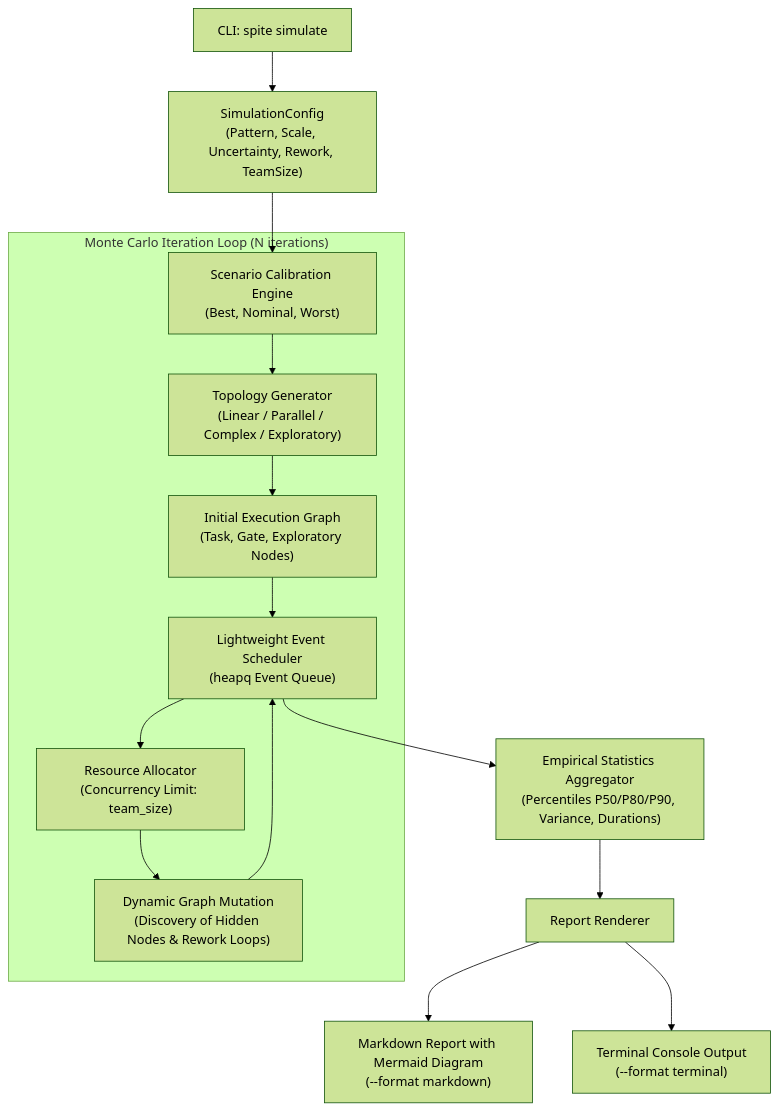
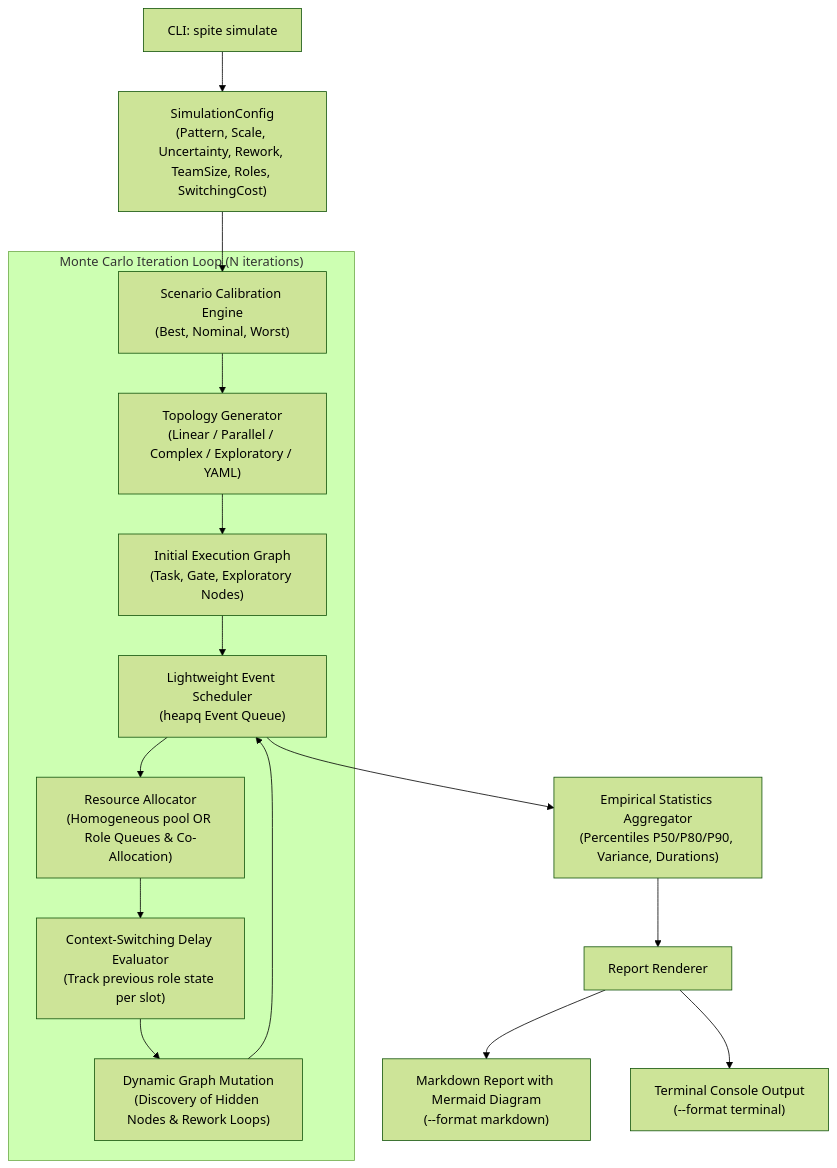
The diagram in docs/simulation/adr.md (longicorn/spite), drawn with Mermaid (forest theme) before and after one commit. The commit also changed other lines of this file and 3 other files, not shown here.

Commit message:
docs: add role on `/simulation`

````diff
--- a/docs/simulation/adr.md
+++ b/docs/simulation/adr.md
@@ -77,20 +87,21 @@
 ```mermaid
 flowchart TD
-    CLI["CLI: spite simulate"] --> Config["SimulationConfig\n(Pattern, Scale, Uncertainty, Rework, TeamSize)"]
+    CLI["CLI: spite simulate"] --> Config["SimulationConfig\n(Pattern, Scale, Uncertainty, Rework, TeamSize, Roles, SwitchingCost)"]
     Config --> ScenarioRunner["Scenario Calibration Engine\n(Best, Nominal, Worst)"]
     
     subgraph MonteCarloLoop ["Monte Carlo Iteration Loop (N iterations)"]
-        ScenarioRunner --> Gen["Topology Generator\n(Linear / Parallel / Complex / Exploratory)"]
+        ScenarioRunner --> Gen["Topology Generator\n(Linear / Parallel / Complex / Exploratory / YAML)"]
         Gen --> InitGraph["Initial Execution Graph\n(Task, Gate, Exploratory Nodes)"]
         InitGraph --> DES["Lightweight Event Scheduler\n(heapq Event Queue)"]
         
-        DES --> ResQueue["Resource Allocator\n(Concurrency Limit: team_size)"]
-        ResQueue --> DynMut["Dynamic Graph Mutation\n(Discovery of Hidden Nodes & Rework Loops)"]
+        DES --> ResQueue["Resource Allocator\n(Homogeneous pool OR Role Queues & Co-Allocation)"]
+        ResQueue --> SwitchEval["Context-Switching Delay Evaluator\n(Track previous role state per slot)"]
+        SwitchEval --> DynMut["Dynamic Graph Mutation\n(Discovery of Hidden Nodes & Rework Loops)"]
         DynMut --> DES
     end
     
     DES --> Stats["Empirical Statistics Aggregator\n(Percentiles P50/P80/P90, Variance, Durations)"]
     Stats --> Reporter["Report Renderer"]
     Reporter --> MDReport["Markdown Report with Mermaid Diagram\n(--format markdown)"]
     Reporter --> TermReport["Terminal Console Output\n(--format terminal)"]
 ```
````
